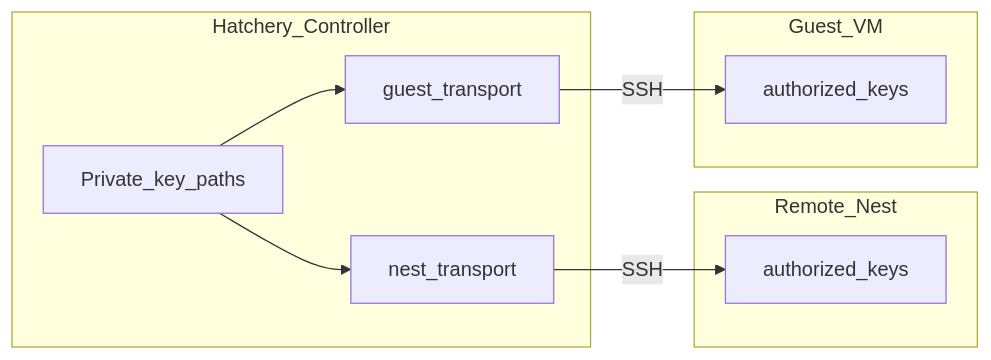
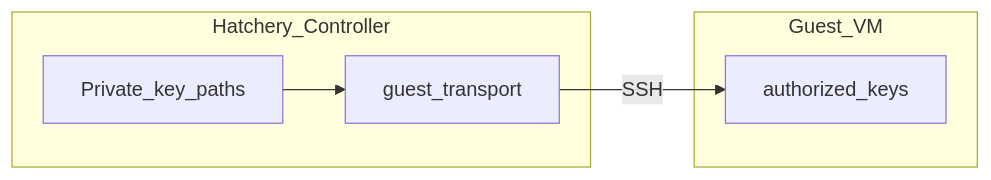
Before and after one commit to dustinestes/Hatchery: the diagram in docs/guest-transport.md, drawn with Mermaid. The commit also changed other lines of this file and 11 other files, not shown here.

````diff
--- a/docs/guest-transport.md
+++ b/docs/guest-transport.md
@@ -45,18 +56,12 @@
 ```mermaid
 flowchart LR
   subgraph controller [Hatchery_Controller]
     Priv[Private_key_paths]
-    NestT[nest_transport]
     GuestT[guest_transport]
-    Priv --> NestT
     Priv --> GuestT
-  end
-  subgraph nestHost [Remote_Nest]
-    NestAK[authorized_keys]
   end
   subgraph guestVM [Guest_VM]
     GuestAK[authorized_keys]
   end
-  NestT -->|SSH| NestAK
   GuestT -->|SSH| GuestAK
 ```
````
